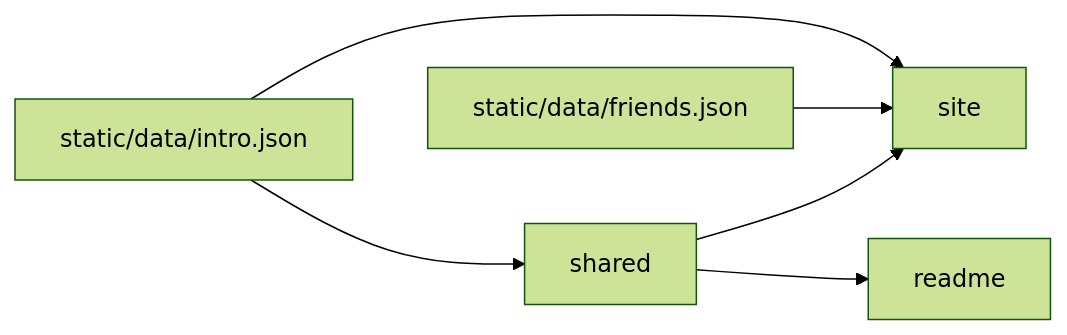
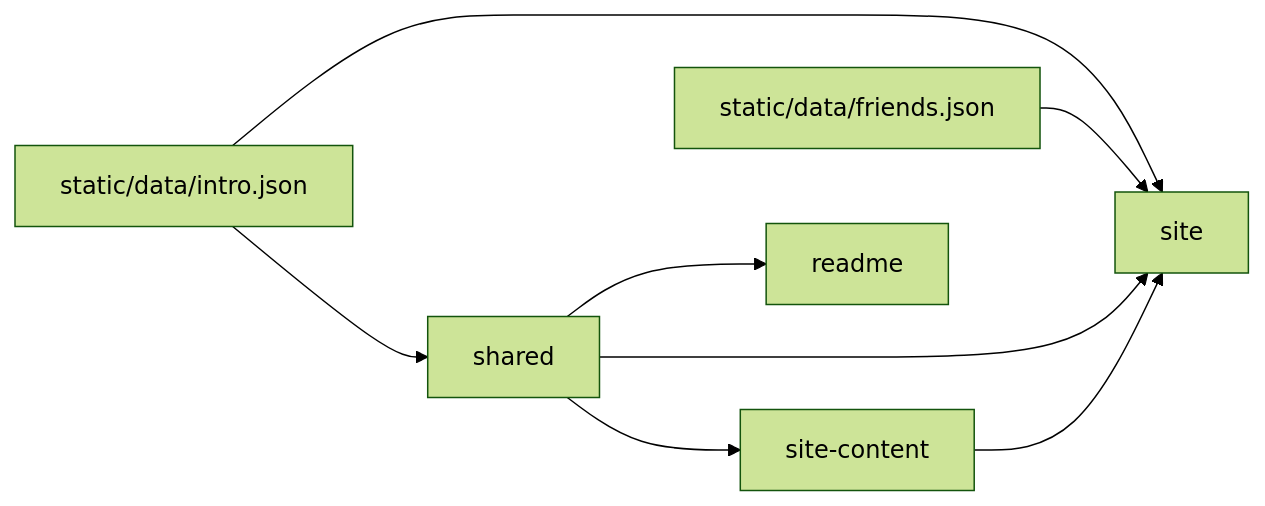
The diagram in architecture.md (heyq02/heyq02), drawn with Mermaid (forest theme) before and after one commit. The commit also changed other lines of this file and 18 other files, not shown here.

First line of the commit message:
refactor: extract homepage/blog prepare into @heyq02/site-content

````diff
--- a/architecture.md
+++ b/architecture.md
@@ -17,13 +17,16 @@
 ```mermaid
 flowchart LR
   json["static/data/intro.json"]
   friends["static/data/friends.json"]
   shared["shared"]
+  content["site-content"]
   site["site"]
   readme["readme"]
   json --> shared
   json --> site
   friends --> site
+  shared --> content
   shared --> site
   shared --> readme
+  content --> site
 ```
````
